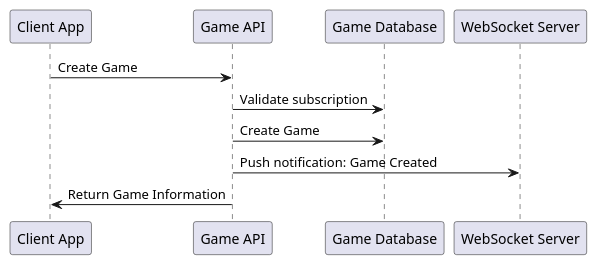
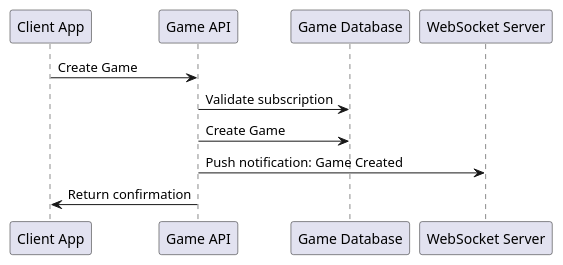
One commit to keyofdb/poker-game changed the diagram in documentation/create-game.wsd. Above: the diagram before and after it, drawn with PlantUML. The commit also changed 2 other files, not shown here.

```diff
--- a/documentation/create-game.wsd
+++ b/documentation/create-game.wsd
@@ -1,11 +1,11 @@
 @startuml
 participant "Client App" as ClientApp
 participant "Game API" as GameAPI
 participant "Game Database" as GameDatabase
 participant "WebSocket Server" as WebSocketServer
 ClientApp -> GameAPI : Create Game
 GameAPI -> GameDatabase : Validate subscription
 GameAPI -> GameDatabase : Create Game
 GameAPI -> WebSocketServer : Push notification: Game Created
-GameAPI -> ClientApp : Return Game Information
+GameAPI -> ClientApp : Return confirmation
 @enduml
```
